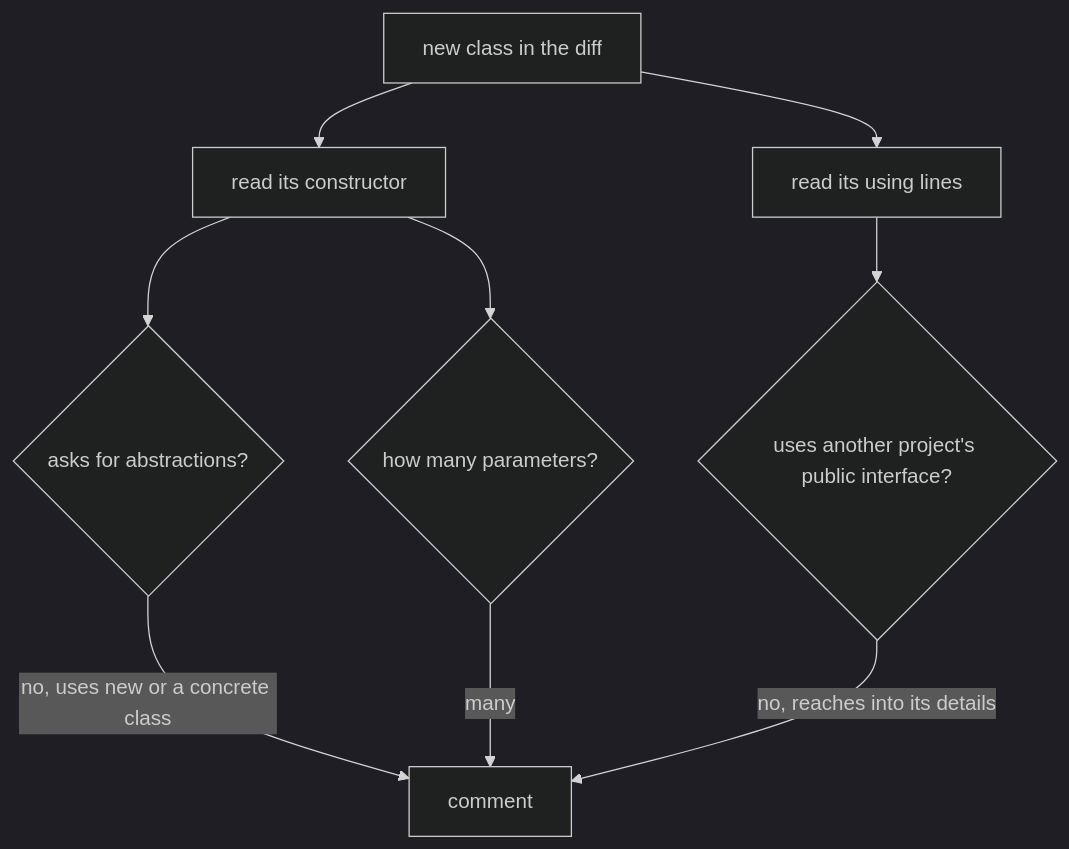
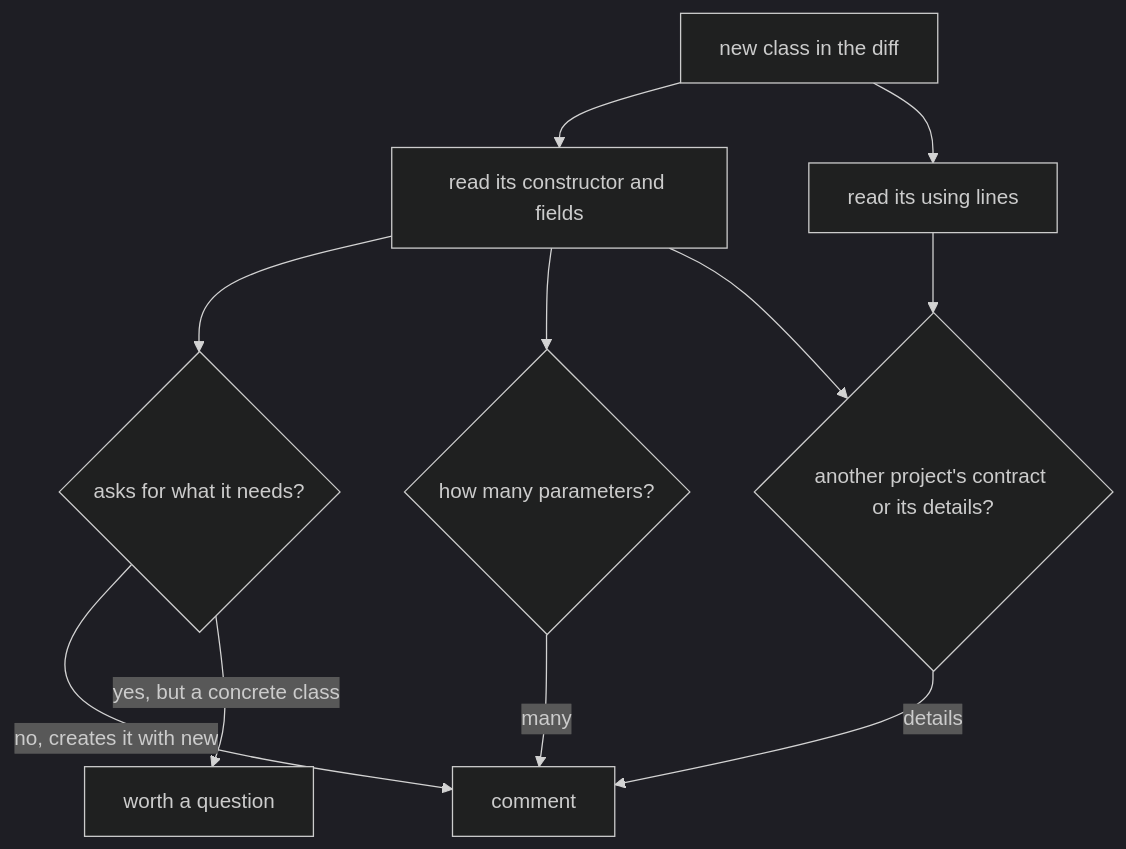
The diagram in content/tracks/management/code-review/management.l1.reviewing-for-dependencies.en.md (duyan11110/lo-trinh-architect), drawn with Mermaid (dark theme) before and after one commit. The commit also changed other lines of this file and 3 other files, not shown here.

````diff
--- a/content/tracks/management/code-review/management.l1.reviewing-for-dependencies.en.md
+++ b/content/tracks/management/code-review/management.l1.reviewing-for-dependencies.en.md
@@ -38,11 +38,13 @@
 ```mermaid
 flowchart TD
-  C[new class in the diff] --> P[read its constructor]
+  C[new class in the diff] --> P[read its constructor and fields]
   C --> U[read its using lines]
-  P --> A{asks for abstractions?}
+  P --> A{asks for what it needs?}
+  A -->|no, creates it with new| X[comment]
+  A -->|yes, but a concrete class| K[worth a question]
   P --> N{how many parameters?}
-  U --> I{uses another project's public interface?}
-  A -->|no, uses new or a concrete class| X[comment]
   N -->|many| X
-  I -->|no, reaches into its details| X
+  P --> I{another project's contract or its details?}
+  U --> I
+  I -->|details| X
 ```
````
